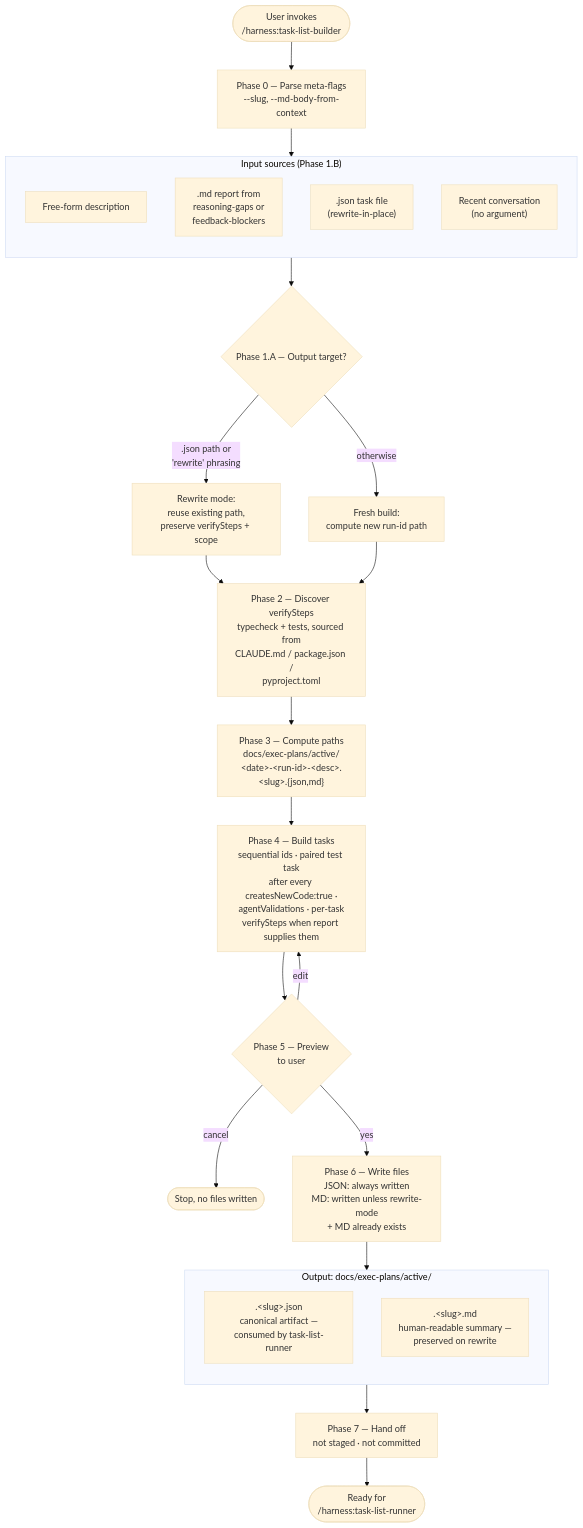
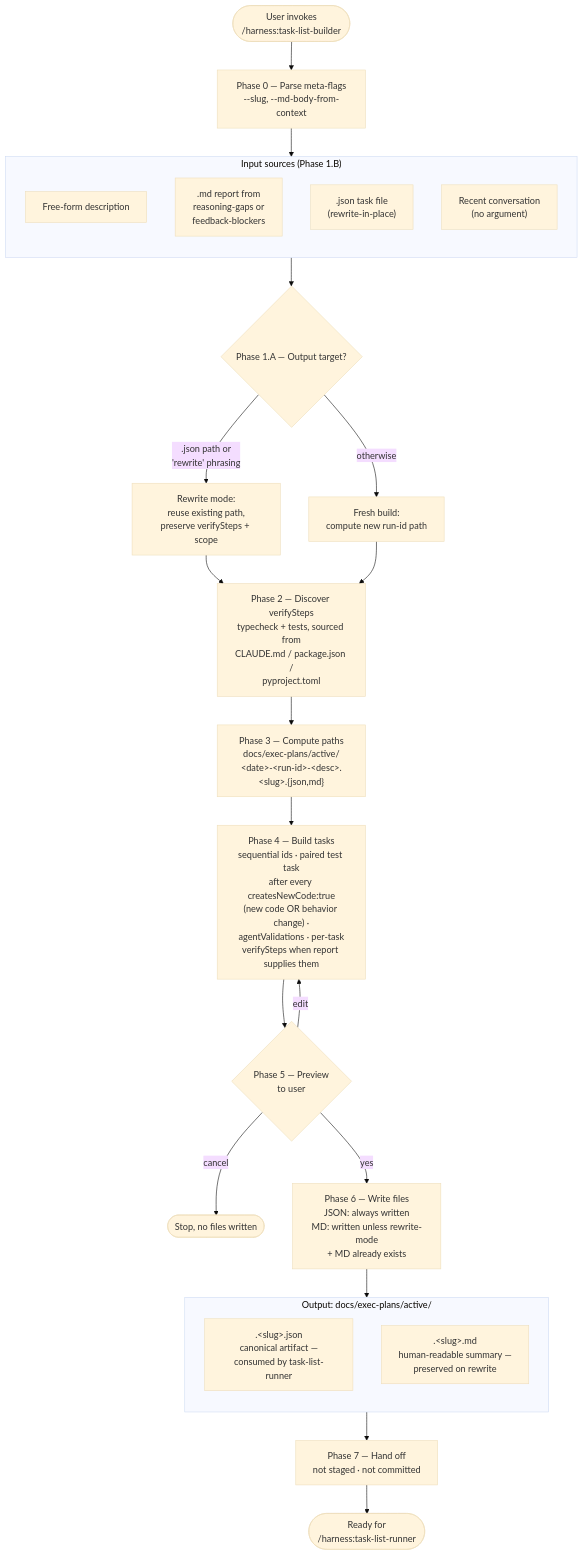
Before and after one commit to paulbaranowski/wild-horses: the diagram in plugins/harness/skills/task-list-builder/README.md, drawn with Mermaid (base theme). The commit also changed 6 other files, not shown here.

````diff
--- a/plugins/harness/skills/task-list-builder/README.md
+++ b/plugins/harness/skills/task-list-builder/README.md
@@ -28,41 +28,41 @@
 ```mermaid
 flowchart TD
     Start([User invokes<br/>/harness:task-list-builder])
 
     subgraph Inputs["Input sources (Phase 1.B)"]
       direction TB
       I1[Free-form description]
       I2[".md report from<br/>reasoning-gaps or<br/>feedback-blockers"]
       I3[".json task file<br/>(rewrite-in-place)"]
       I4["Recent conversation<br/>(no argument)"]
     end
 
     Start --> P0
     P0["Phase 0 — Parse meta-flags<br/>--slug, --md-body-from-context"]
     P0 --> Inputs
     Inputs --> P1A
     P1A{"Phase 1.A — Output target?"}
     P1A -->|".json path or<br/>'rewrite' phrasing"| Rewrite["Rewrite mode:<br/>reuse existing path,<br/>preserve verifySteps + scope"]
     P1A -->|otherwise| Fresh["Fresh build:<br/>compute new run-id path"]
     Rewrite --> P2
     Fresh --> P2
 
     P2["Phase 2 — Discover verifySteps<br/>typecheck + tests, sourced from<br/>CLAUDE.md / package.json /<br/>pyproject.toml"]
     P2 --> P3["Phase 3 — Compute paths<br/>docs/exec-plans/active/<br/>&lt;date&gt;-&lt;run-id&gt;-&lt;desc&gt;.&lt;slug&gt;.{json,md}"]
-    P3 --> P4["Phase 4 — Build tasks<br/>sequential ids · paired test task<br/>after every createsNewCode:true ·<br/>agentValidations · per-task<br/>verifySteps when report supplies them"]
+    P3 --> P4["Phase 4 — Build tasks<br/>sequential ids · paired test task<br/>after every createsNewCode:true<br/>(new code OR behavior change) ·<br/>agentValidations · per-task<br/>verifySteps when report supplies them"]
     P4 --> P5{"Phase 5 — Preview<br/>to user"}
     P5 -->|cancel| Stop([Stop, no files written])
     P5 -->|edit| P4
     P5 -->|yes| P6
     P6["Phase 6 — Write files<br/>JSON: always written<br/>MD: written unless rewrite-mode<br/>+ MD already exists"]
     P6 --> Output
 
     subgraph Output["Output: docs/exec-plans/active/"]
       direction TB
       O1[".&lt;slug&gt;.json<br/>canonical artifact —<br/>consumed by task-list-runner"]
       O2[".&lt;slug&gt;.md<br/>human-readable summary —<br/>preserved on rewrite"]
     end
 
     Output --> P7["Phase 7 — Hand off<br/>not staged · not committed"]
     P7 --> Runner([Ready for<br/>/harness:task-list-runner])
 ```
````
